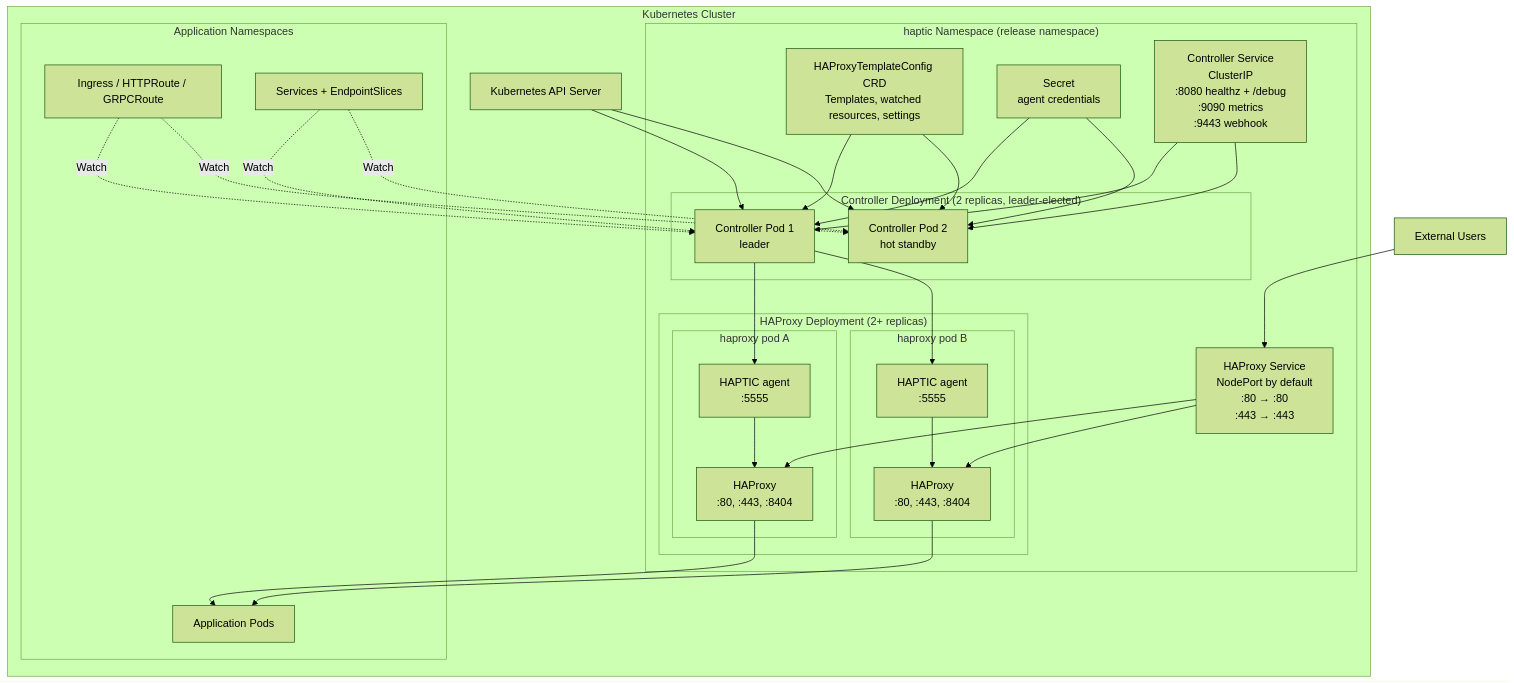
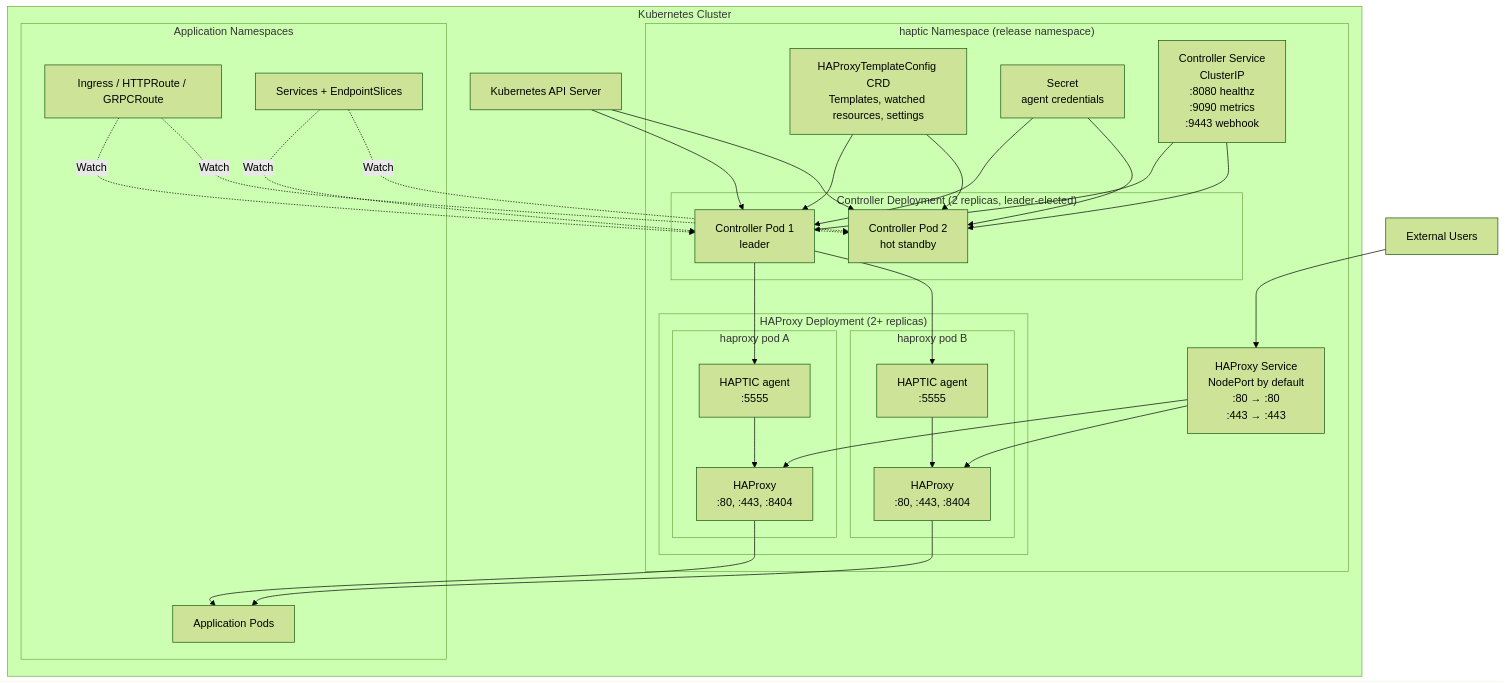
The first of 3 diagrams in docs/site/docs/development/design/deployment.md (HAProxy-Template-IC/haproxy-template-ingress-controller), drawn with Mermaid (forest theme) before and after one commit. The commit also changed other lines of this file and 43 other files, not shown here.

````diff
--- a/docs/site/docs/development/design/deployment.md
+++ b/docs/site/docs/development/design/deployment.md
@@ -5,56 +5,56 @@
 ```mermaid
 graph TB
     subgraph "Kubernetes Cluster"
         API[Kubernetes API Server]
 
         subgraph "haptic Namespace (release namespace)"
             subgraph "Controller Deployment (2 replicas, leader-elected)"
                 CTRL1[Controller Pod 1<br/>leader]
                 CTRL2[Controller Pod 2<br/>hot standby]
             end
 
             HTPLCFG[HAProxyTemplateConfig CRD<br/>Templates, watched resources, settings]
             CREDS[Secret<br/>agent credentials]
 
-            CTRL_SVC[Controller Service<br/>ClusterIP<br/>:8080 healthz + /debug<br/>:9090 metrics<br/>:9443 webhook]
+            CTRL_SVC[Controller Service<br/>ClusterIP<br/>:8080 healthz<br/>:9090 metrics<br/>:9443 webhook]
 
             subgraph "HAProxy Deployment (2+ replicas)"
                 subgraph "haproxy pod A"
                     HAP1[HAProxy<br/>:80, :443, :8404]
                     AG1[HAPTIC agent<br/>:5555]
                 end
                 subgraph "haproxy pod B"
                     HAP2[HAProxy<br/>:80, :443, :8404]
                     AG2[HAPTIC agent<br/>:5555]
                 end
             end
 
             HAP_SVC[HAProxy Service<br/>NodePort by default<br/>:80 → :80<br/>:443 → :443]
         end
 
         subgraph "Application Namespaces"
             ING[Ingress / HTTPRoute / GRPCRoute]
             APPSVC[Services + EndpointSlices]
             PODS[Application Pods]
         end
     end
 
     USERS[External Users] --> HAP_SVC
     HAP_SVC --> HAP1
     HAP_SVC --> HAP2
 
     CTRL_SVC --> CTRL1 & CTRL2
     API --> CTRL1 & CTRL2
     HTPLCFG --> CTRL1 & CTRL2
     CREDS --> CTRL1 & CTRL2
     ING -.Watch.-> CTRL1 & CTRL2
     APPSVC -.Watch.-> CTRL1 & CTRL2
 
     CTRL1 --> AG1 & AG2
     AG1 --> HAP1
     AG2 --> HAP2
 
     HAP1 --> PODS
     HAP2 --> PODS
 
 ```
````
